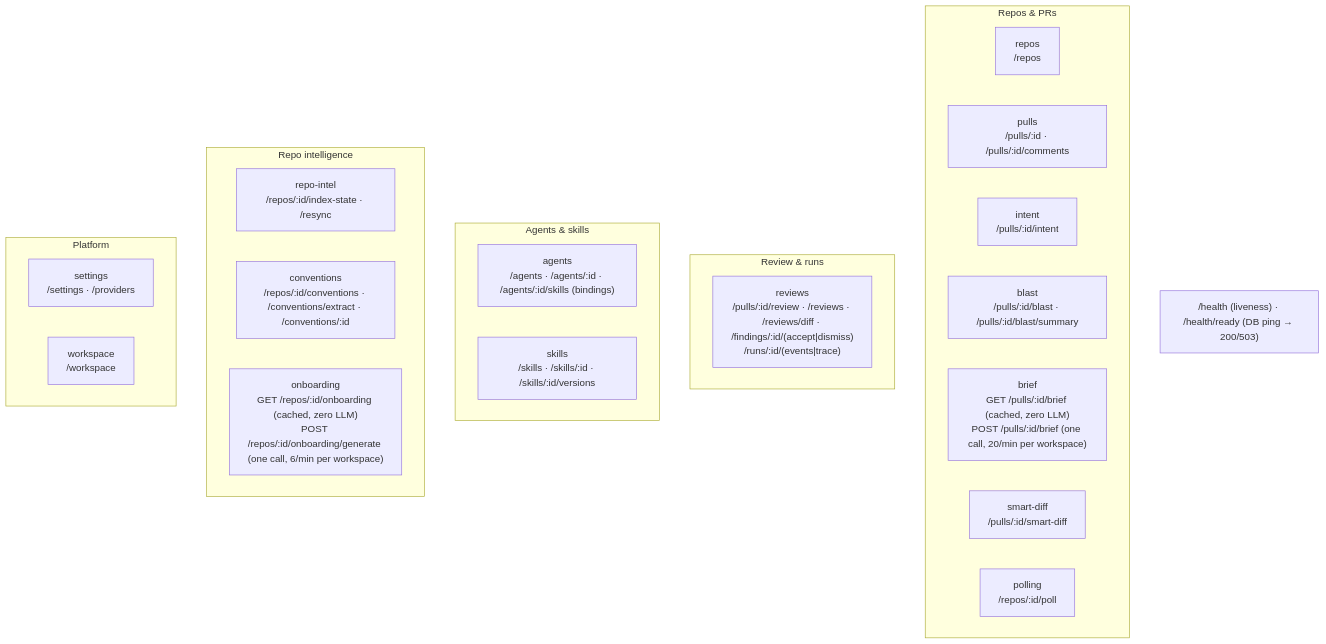
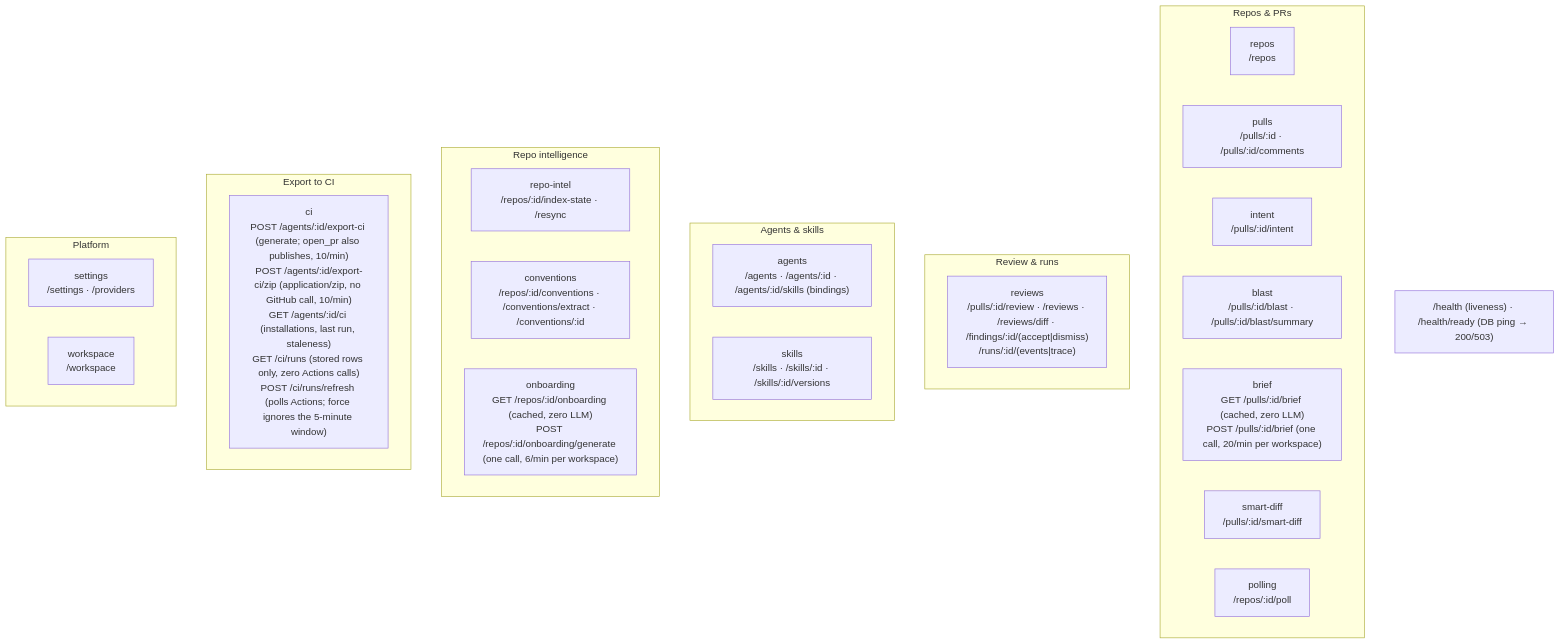
Before and after one commit to Holubinka/dev-digest: the second of 2 diagrams in server/README.md, drawn with Mermaid. The commit also changed other lines of this file and 133 other files, not shown here.

First line of the commit message:
feat(ci): export an agent into a repository's GitHub Actions

````diff
--- a/server/README.md
+++ b/server/README.md
@@ -64,29 +64,32 @@
 ```mermaid
 flowchart TB
   subgraph Repos_PRs["Repos & PRs"]
     repos["repos<br/>/repos"]
     pulls["pulls<br/>/pulls/:id · /pulls/:id/comments"]
     intent["intent<br/>/pulls/:id/intent"]
     blast["blast<br/>/pulls/:id/blast · /pulls/:id/blast/summary"]
     brief["brief<br/>GET /pulls/:id/brief (cached, zero LLM)<br/>POST /pulls/:id/brief (one call, 20/min per workspace)"]
     smartDiff["smart-diff<br/>/pulls/:id/smart-diff"]
     polling["polling<br/>/repos/:id/poll"]
   end
   subgraph Review["Review & runs"]
     reviews["reviews<br/>/pulls/:id/review · /reviews · /reviews/diff · /findings/:id/(accept|dismiss)<br/>/runs/:id/(events|trace)"]
   end
   subgraph Agents["Agents & skills"]
     agents["agents<br/>/agents · /agents/:id · /agents/:id/skills (bindings)"]
     skills["skills<br/>/skills · /skills/:id · /skills/:id/versions"]
   end
   subgraph Intel["Repo intelligence"]
     repoIntel["repo-intel<br/>/repos/:id/index-state · /resync"]
     conventions["conventions<br/>/repos/:id/conventions · /conventions/extract · /conventions/:id"]
     onboarding["onboarding<br/>GET /repos/:id/onboarding (cached, zero LLM)<br/>POST /repos/:id/onboarding/generate (one call, 6/min per workspace)"]
   end
+  subgraph CI["Export to CI"]
+    ci["ci<br/>POST /agents/:id/export-ci (generate; open_pr also publishes, 10/min)<br/>POST /agents/:id/export-ci/zip (application/zip, no GitHub call, 10/min)<br/>GET /agents/:id/ci (installations, last run, staleness)<br/>GET /ci/runs (stored rows only, zero Actions calls)<br/>POST /ci/runs/refresh (polls Actions; force ignores the 5-minute window)"]
+  end
   subgraph Platform["Platform"]
     settings["settings<br/>/settings · /providers"]
     workspace["workspace<br/>/workspace"]
   end
   HEALTH["/health (liveness) · /health/ready (DB ping → 200/503)"]
 ```
````
